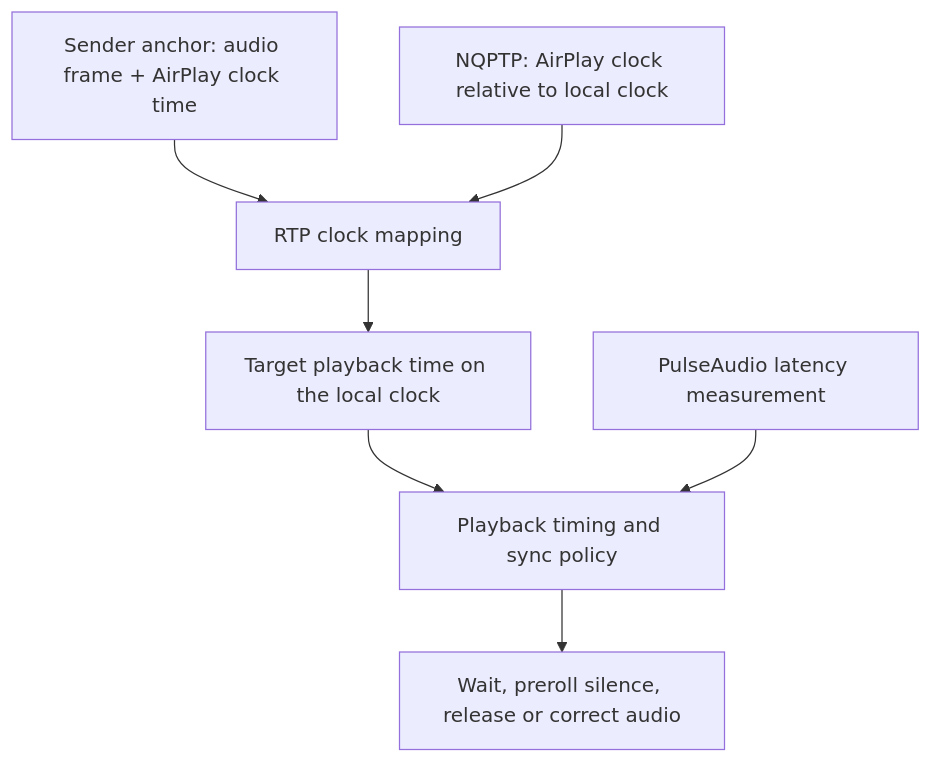
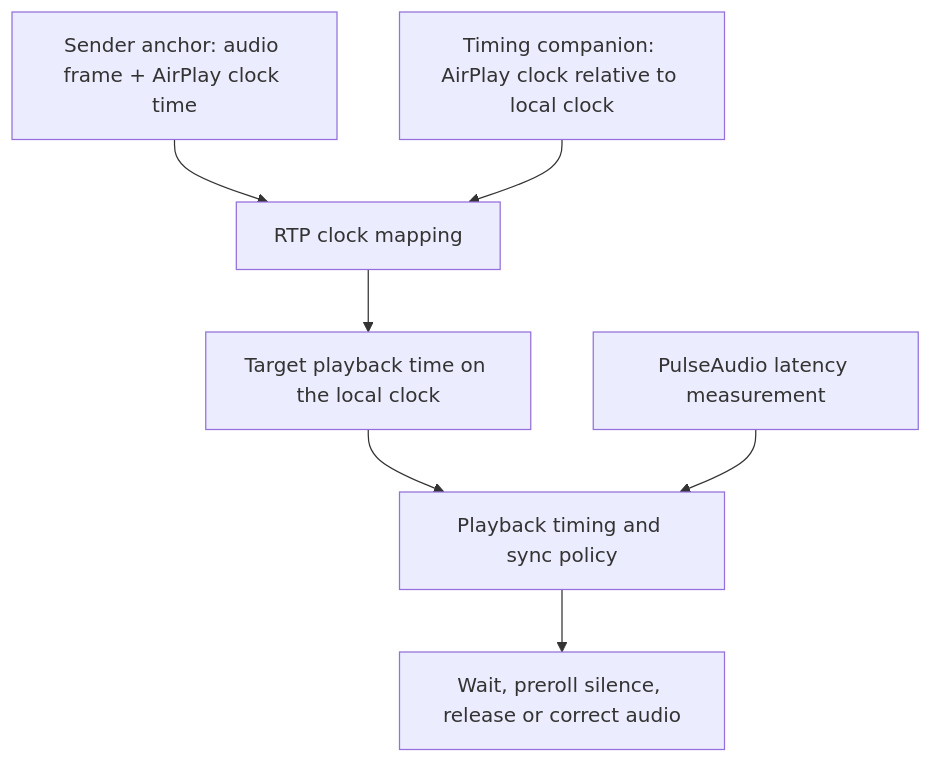
The fourth of 4 diagrams in README.md (gstn-caruso/shairport-sync), drawn with Mermaid before and after one commit. The commit also changed other lines of this file, not shown here.

Commit message:
docs: describe integrated timing companion by its role (#46)

````diff
--- a/README.md
+++ b/README.md
@@ -168,15 +171,15 @@
 ```mermaid
 flowchart TD
     anchor["Sender anchor: audio frame + AirPlay clock time"]
-    clock["NQPTP: AirPlay clock relative to local clock"]
+    clock["Timing companion: AirPlay clock relative to local clock"]
     rtp["RTP clock mapping"]
     target["Target playback time on the local clock"]
     delay["PulseAudio latency measurement"]
     policy["Playback timing and sync policy"]
     action["Wait, preroll silence, release or correct audio"]
     anchor --> rtp
     clock --> rtp
     rtp --> target --> policy
     delay --> policy
     policy --> action
 ```
````
